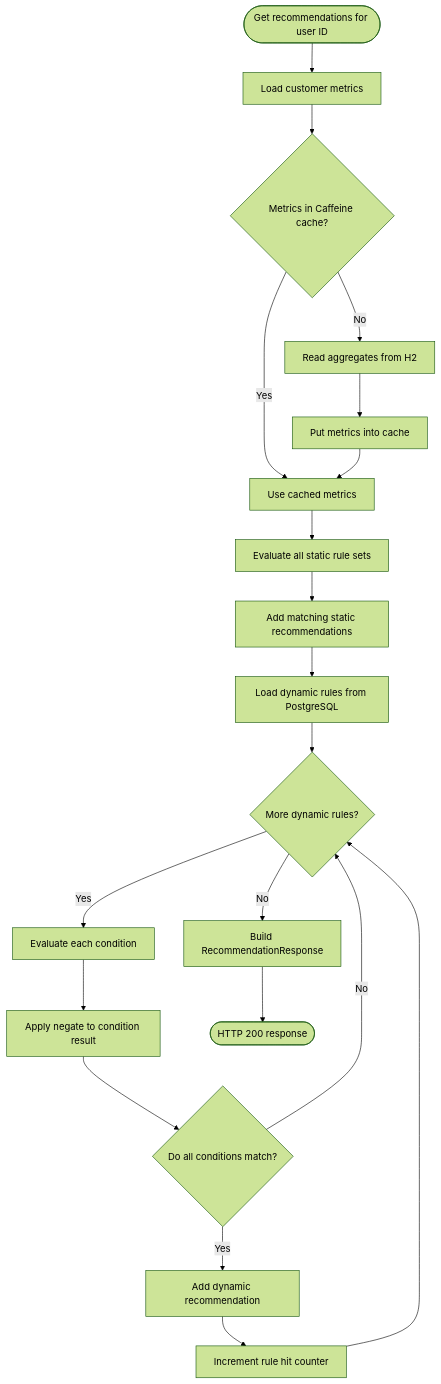
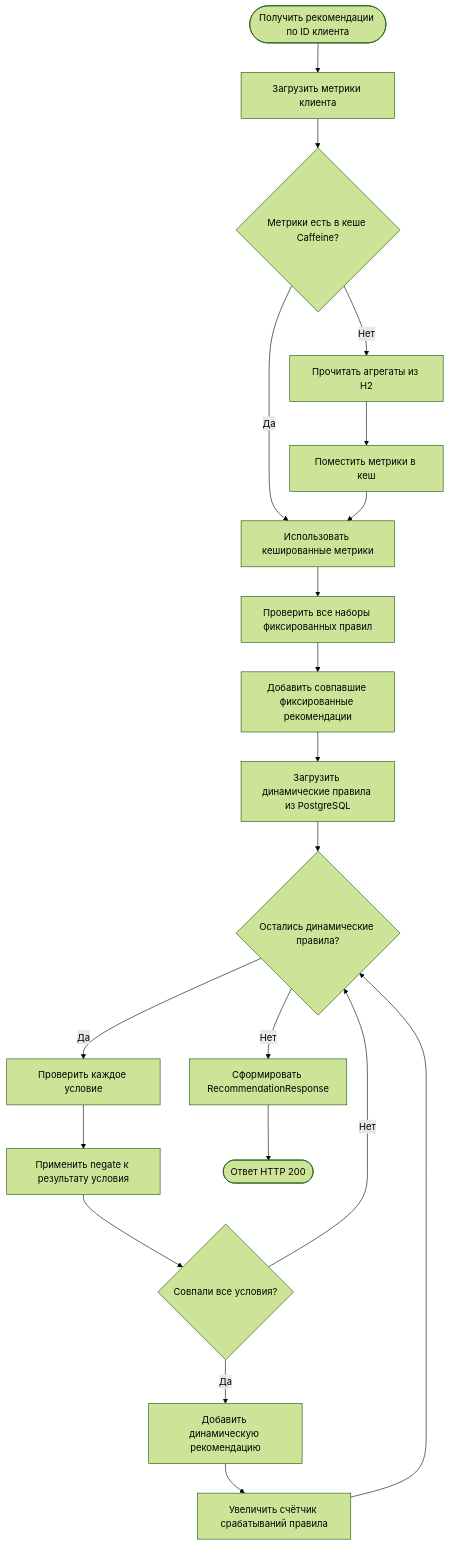
The second of 2 diagrams in docs/architecture.md (aaminter/star-bank-recommendation), drawn with Mermaid (forest theme) before and after one commit. The commit also changed other lines of this file, not shown here.

````diff
--- a/docs/architecture.md
+++ b/docs/architecture.md
@@ -63,22 +63,22 @@
 ```mermaid
 flowchart TD
-    A([Get recommendations for user ID]) --> B[Load customer metrics]
-    B --> C{Metrics in Caffeine cache?}
-    C -->|Yes| D[Use cached metrics]
-    C -->|No| E[Read aggregates from H2]
-    E --> F[Put metrics into cache]
+    A([Получить рекомендации по ID клиента]) --> B[Загрузить метрики клиента]
+    B --> C{Метрики есть в кеше Caffeine?}
+    C -->|Да| D[Использовать кешированные метрики]
+    C -->|Нет| E[Прочитать агрегаты из H2]
+    E --> F[Поместить метрики в кеш]
     F --> D
-    D --> G[Evaluate all static rule sets]
-    G --> H[Add matching static recommendations]
-    H --> I[Load dynamic rules from PostgreSQL]
-    I --> J{More dynamic rules?}
-    J -->|No| R[Build RecommendationResponse]
-    J -->|Yes| K[Evaluate each condition]
-    K --> L[Apply negate to condition result]
-    L --> M{Do all conditions match?}
-    M -->|No| J
-    M -->|Yes| N[Add dynamic recommendation]
-    N --> O[Increment rule hit counter]
+    D --> G[Проверить все наборы фиксированных правил]
+    G --> H[Добавить совпавшие фиксированные рекомендации]
+    H --> I[Загрузить динамические правила из PostgreSQL]
+    I --> J{Остались динамические правила?}
+    J -->|Нет| R[Сформировать RecommendationResponse]
+    J -->|Да| K[Проверить каждое условие]
+    K --> L[Применить negate к результату условия]
+    L --> M{Совпали все условия?}
+    M -->|Нет| J
+    M -->|Да| N[Добавить динамическую рекомендацию]
+    N --> O[Увеличить счётчик срабатываний правила]
     O --> J
-    R --> S([HTTP 200 response])
+    R --> S([Ответ HTTP 200])
 ```
````
